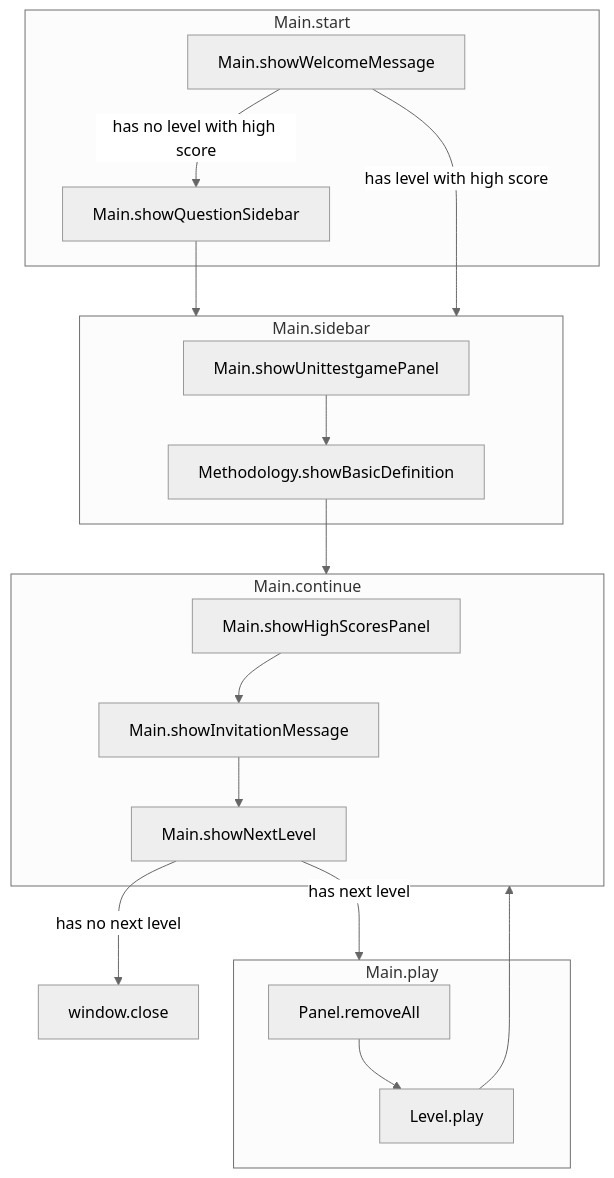
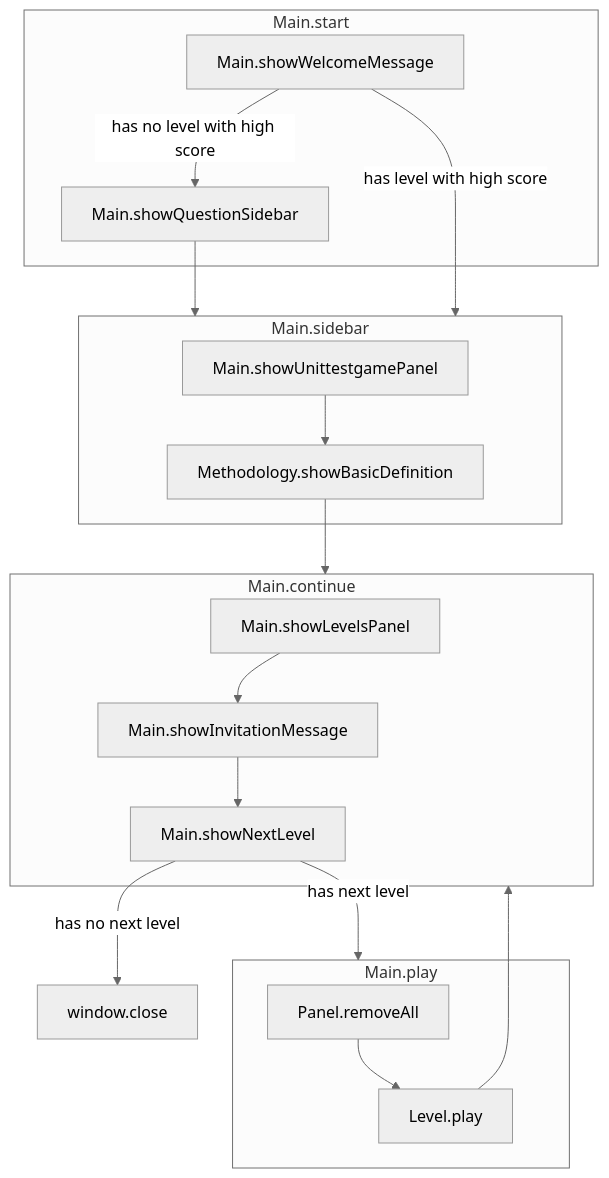
One commit to reimf/unittestgame.com changed the first of 2 diagrams in README.md. Above: the diagram before and after it, drawn with Mermaid (neutral theme). The commit also changed other lines of this file and 67 other files, not shown here.

````diff
--- a/README.md
+++ b/README.md
@@ -44,25 +44,25 @@
 ```mermaid
 flowchart TD
     subgraph Main.start
         Main.showWelcomeMessage -- has no level with high score --> Main.showQuestionSidebar
     end
     Main.showQuestionSidebar --> Main.sidebar
     Main.showWelcomeMessage -- has level with high score --> Main.sidebar
 
     subgraph Main.sidebar
         Main.showUnittestgamePanel --> Methodology.showBasicDefinition
     end
     Methodology.showBasicDefinition --> Main.continue
 
     subgraph Main.continue
-        Main.showHighScoresPanel --> Main.showInvitationMessage
+        Main.showLevelsPanel --> Main.showInvitationMessage
         Main.showInvitationMessage --> Main.showNextLevel
     end
     Main.showNextLevel -- has next level --> Main.play
     Main.showNextLevel -- has no next level --> window.close
 
     subgraph Main.play
         Panel.removeAll --> Level.play
     end
     Level.play --> Main.continue
 ```
````
